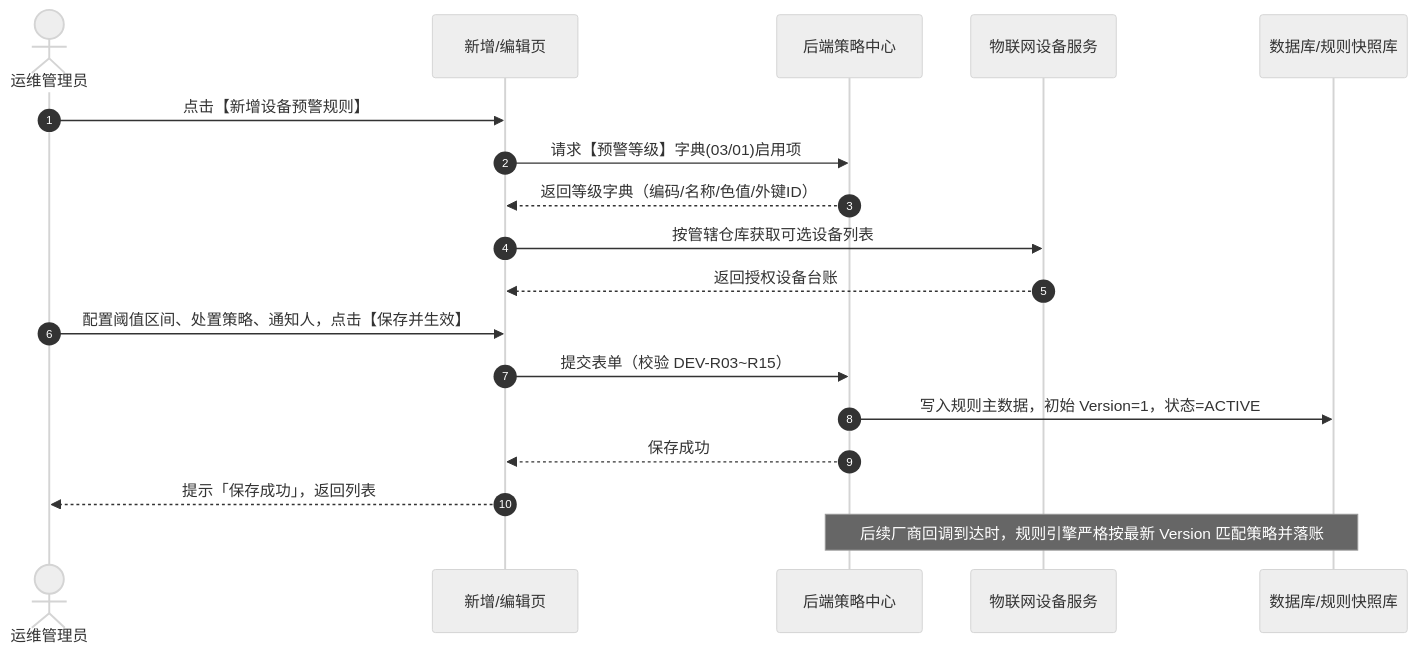
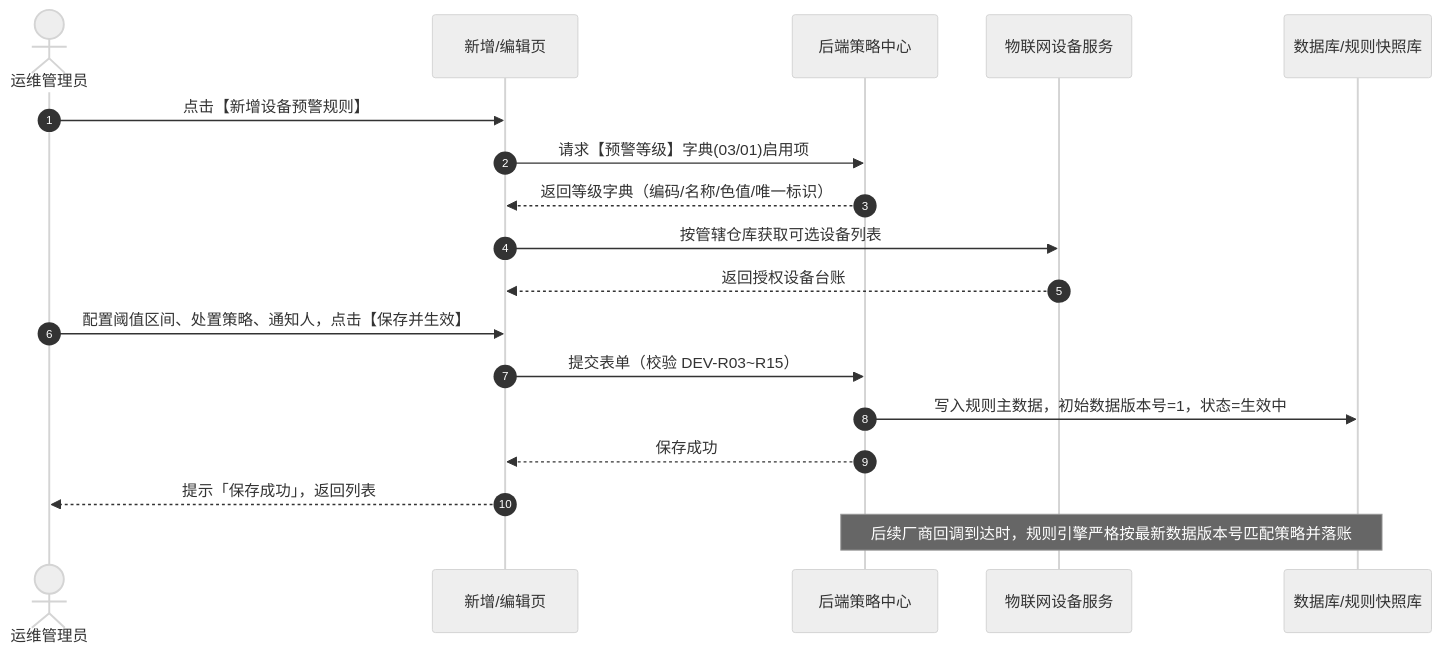
The second of 3 diagrams in 02-PRD文档/B-迭代需求/6.2版本（2026.08）/03-预警配置/02设备预警配置/设备预警配置业务规则规格.md (RobertHuang999/SYZC), drawn with Mermaid (neutral theme) before and after one commit. The commit also changed other lines of this file and 23 other files, not shown here.

````diff
--- a/02-PRD文档/B-迭代需求/6.2版本（2026.08）/03-预警配置/02设备预警配置/设备预警配置业务规则规格.md
+++ b/02-PRD文档/B-迭代需求/6.2版本（2026.08）/03-预警配置/02设备预警配置/设备预警配置业务规则规格.md
@@ -200,21 +200,21 @@
 ```mermaid
 sequenceDiagram
     autonumber
     actor Admin as 运维管理员
     participant FE as 新增/编辑页
     participant API as 后端策略中心
     participant DEV as 物联网设备服务
     participant DB as 数据库/规则快照库
 
     Admin->>FE: 点击【新增设备预警规则】
     FE->>API: 请求【预警等级】字典(03/01)启用项
-    API-->>FE: 返回等级字典（编码/名称/色值/外键ID）
+    API-->>FE: 返回等级字典（编码/名称/色值/唯一标识）
     FE->>DEV: 按管辖仓库获取可选设备列表
     DEV-->>FE: 返回授权设备台账
     Admin->>FE: 配置阈值区间、处置策略、通知人，点击【保存并生效】
     FE->>API: 提交表单（校验 DEV-R03~R15）
-    API->>DB: 写入规则主数据，初始 Version=1，状态=ACTIVE
+    API->>DB: 写入规则主数据，初始数据版本号=1，状态=生效中
     API-->>FE: 保存成功
     FE-->>Admin: 提示「保存成功」，返回列表
-    Note over API,DB: 后续厂商回调到达时，规则引擎严格按最新 Version 匹配策略并落账
+    Note over API,DB: 后续厂商回调到达时，规则引擎严格按最新数据版本号匹配策略并落账
 ```
````
